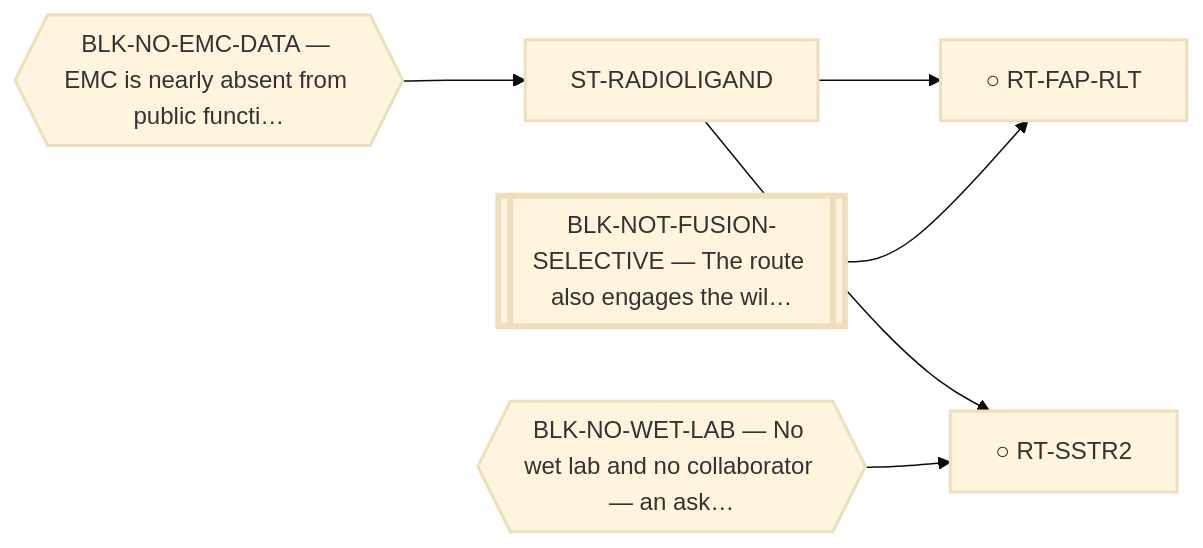
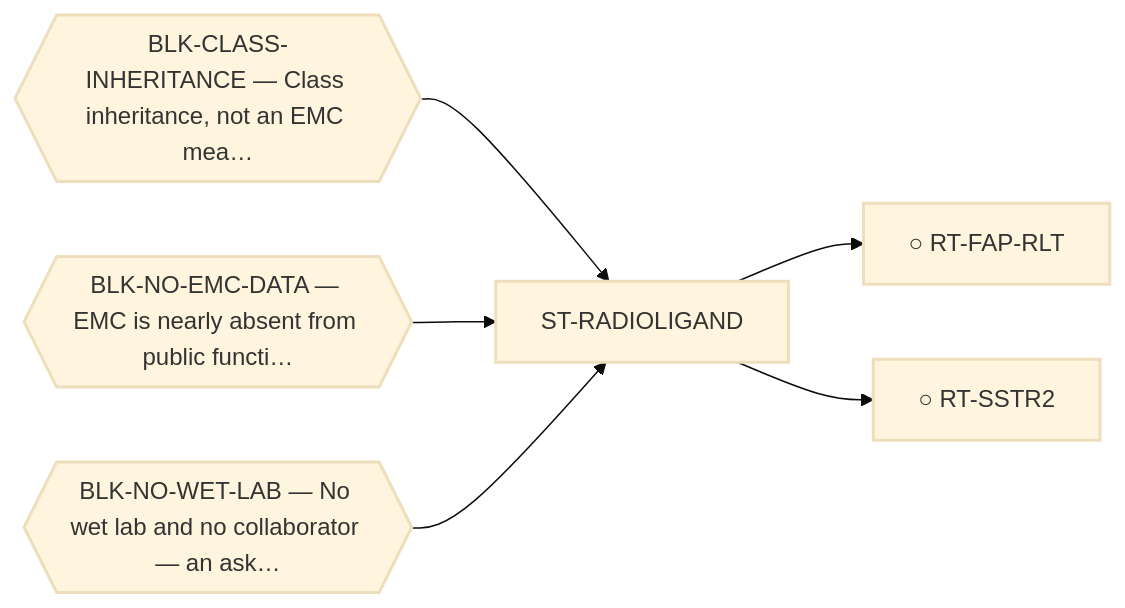
One commit to trimcrae/Rare-cancers changed the diagram in systems/views/L1-st-radioligand.md. Above: the diagram before and after it, drawn with Mermaid (base theme). The commit also changed other lines of this file and 42 other files, not shown here.

First line of the commit message:
Route framing audit complete: ST-REPURPOSING, ST-DEPENDENCY, ST-RADIOLIGAND, ST-DISSEMINATION

````diff
--- a/systems/views/L1-st-radioligand.md
+++ b/systems/views/L1-st-radioligand.md
@@ -34,19 +34,19 @@
 ```mermaid
 flowchart LR
   ST_RADIOLIGAND["ST-RADIOLIGAND"]:::fam
   RT_FAP_RLT["○ RT-FAP-RLT"]:::fam
   ST_RADIOLIGAND --> RT_FAP_RLT
   RT_SSTR2["○ RT-SSTR2"]:::fam
   ST_RADIOLIGAND --> RT_SSTR2
 
+  BLK_CLASS_INHERITANCE{{"BLK-CLASS-INHERITANCE — Class inheritance, not an EMC mea…"}}:::blk
+  BLK_CLASS_INHERITANCE --> ST_RADIOLIGAND
   BLK_NO_EMC_DATA{{"BLK-NO-EMC-DATA — EMC is nearly absent from public functi…"}}:::blk
   BLK_NO_EMC_DATA --> ST_RADIOLIGAND
   BLK_NO_WET_LAB{{"BLK-NO-WET-LAB — No wet lab and no collaborator — an ask…"}}:::blk
-  BLK_NO_WET_LAB --> RT_SSTR2
-  BLK_NOT_FUSION_SELECTIVE[["BLK-NOT-FUSION-SELECTIVE — The route also engages the wil…"]]:::perm
-  BLK_NOT_FUSION_SELECTIVE --> RT_FAP_RLT
+  BLK_NO_WET_LAB --> ST_RADIOLIGAND
   classDef fam stroke-width:2px;
   classDef blk stroke-width:2px;
   classDef perm stroke-width:4px;
   classDef tech stroke-width:1px,stroke-dasharray:4 3;
 ```
````
